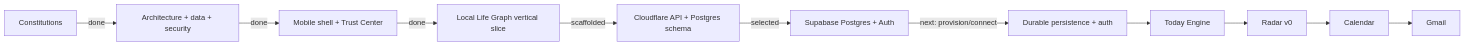
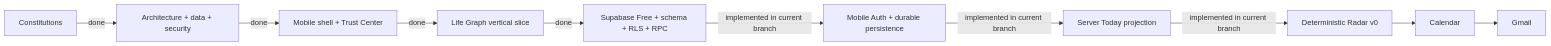
Before and after one commit to seq23/aplayer-mode: the second of 2 diagrams in docs/README.md, drawn with Mermaid. The commit also changed other lines of this file and 3 other files, not shown here.

Commit message:
docs: align auth persistence and Supabase Cloudflare architecture

````diff
--- a/docs/README.md
+++ b/docs/README.md
@@ -52,13 +59,12 @@
 ```mermaid
 flowchart LR
   A[Constitutions] -->|done| B[Architecture + data + security]
   B -->|done| C[Mobile shell + Trust Center]
-  C -->|done| D[Local Life Graph vertical slice]
-  D -->|scaffolded| E[Cloudflare API + Postgres schema]
-  E -->|selected| S[Supabase Postgres + Auth]
-  S -->|next: provision/connect| F[Durable persistence + auth]
-  F --> G[Today Engine]
-  G --> H[Radar v0]
-  H --> I[Calendar]
-  I --> J[Gmail]
+  C -->|done| D[Life Graph vertical slice]
+  D -->|done| S[Supabase Free + schema + RLS + RPC]
+  S -->|implemented in current branch| E[Mobile Auth + durable persistence]
+  E -->|implemented in current branch| F[Server Today projection]
+  F -->|implemented in current branch| G[Deterministic Radar v0]
+  G --> H[Calendar]
+  H --> I[Gmail]
 ```
````
